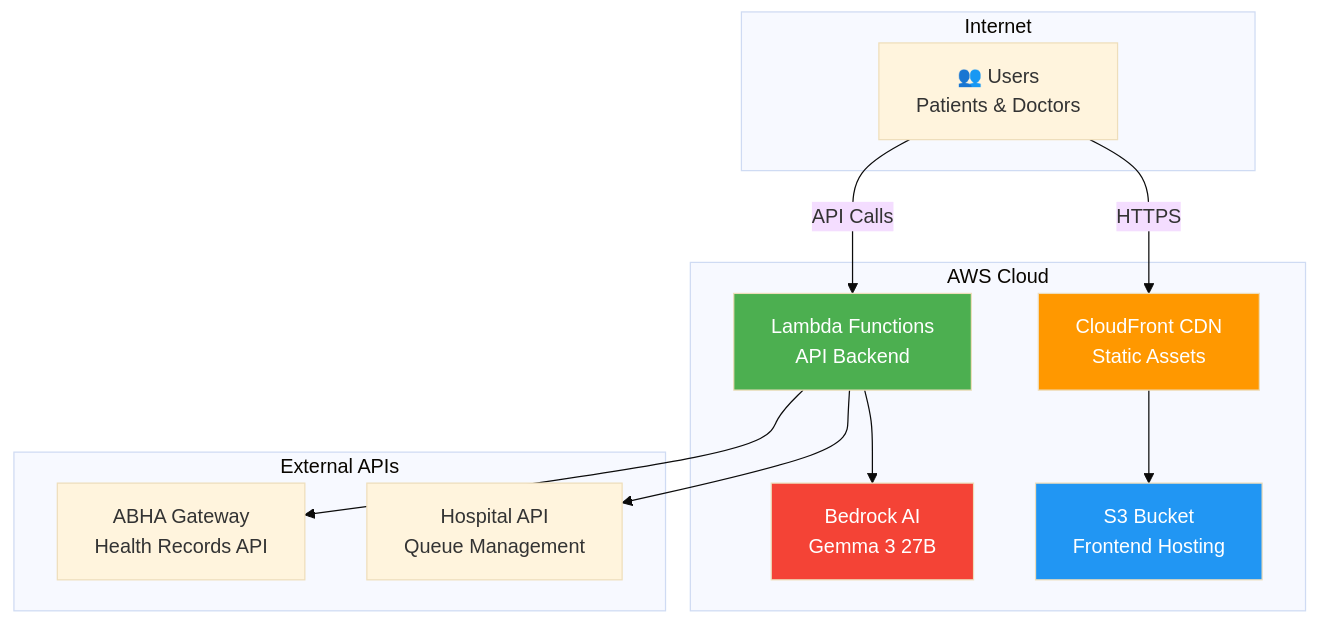
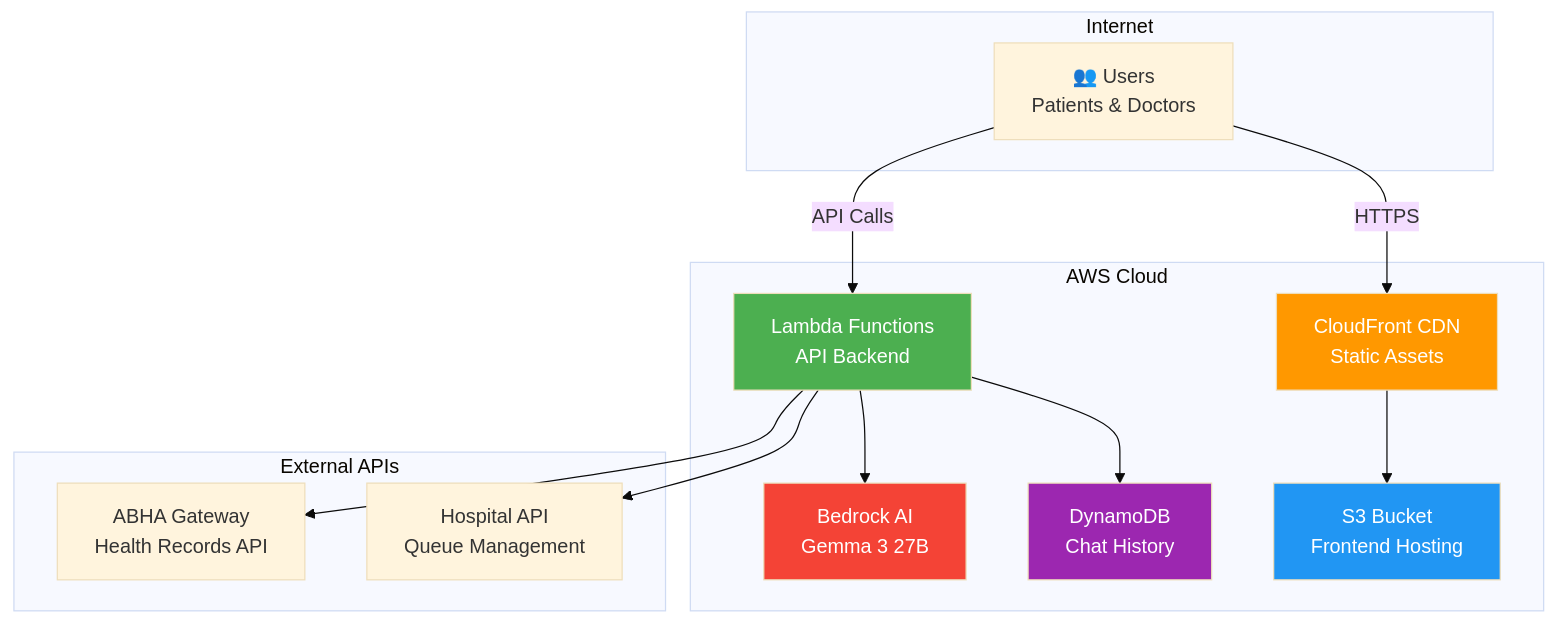
The fifth of 8 diagrams in ARCHITECTURE.md (huiguys/civicmind-health-ai), drawn with Mermaid (base theme) before and after one commit. The commit also changed other lines of this file, not shown here.

First line of the commit message:
Streamline ARCHITECTURE.md - remove verbose code, keep visual diagrams

````diff
--- a/ARCHITECTURE.md
+++ b/ARCHITECTURE.md
@@ -249,30 +240,33 @@
 ```mermaid
 graph TB
     subgraph "Internet"
         Users["👥 Users<br/>Patients & Doctors"]
     end
     
     subgraph "AWS Cloud"
         CloudFront["CloudFront CDN<br/>Static Assets"]
         Lambda["Lambda Functions<br/>API Backend"]
         Bedrock["Bedrock AI<br/>Gemma 3 27B"]
+        DynamoDB["DynamoDB<br/>Chat History"]
         S3["S3 Bucket<br/>Frontend Hosting"]
     end
     
     subgraph "External APIs"
         ABHA_API["ABHA Gateway<br/>Health Records API"]
         Hospital_API["Hospital API<br/>Queue Management"]
     end
     
     Users -->|HTTPS| CloudFront
     CloudFront --> S3
     Users -->|API Calls| Lambda
     Lambda --> Bedrock
+    Lambda --> DynamoDB
     Lambda --> ABHA_API
     Lambda --> Hospital_API
     
     style CloudFront fill:#FF9800,color:#fff
     style Lambda fill:#4CAF50,color:#fff
     style Bedrock fill:#F44336,color:#fff
+    style DynamoDB fill:#9C27B0,color:#fff
     style S3 fill:#2196F3,color:#fff
 ```
````
